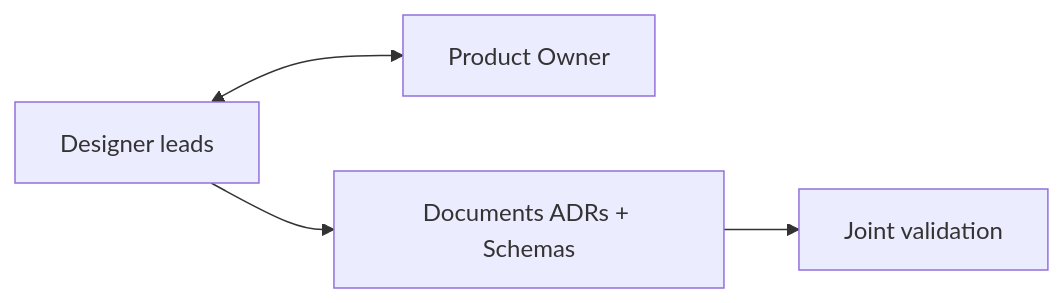
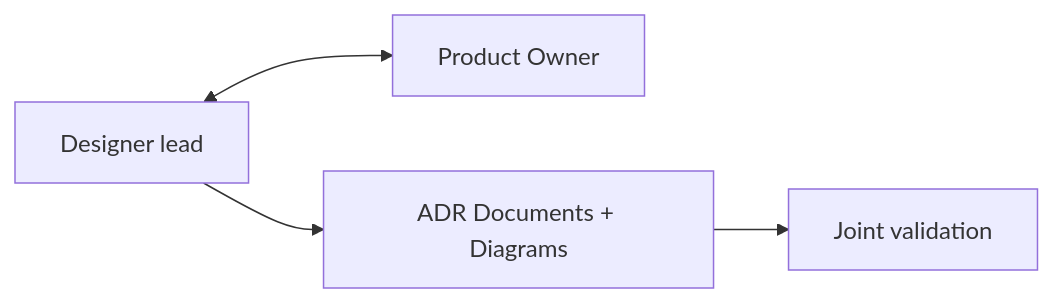
Before and after one commit to dc2method/dc2-website: the first of 6 diagrams in src/content/docs/en/roles-et-responsabilites.md, drawn with Mermaid. The commit also changed other lines of this file and 63 other files, not shown here.

````diff
--- a/src/content/docs/en/roles-et-responsabilites.md
+++ b/src/content/docs/en/roles-et-responsabilites.md
@@ -144,6 +143,6 @@
 ```mermaid
 graph LR
-    C[Designer leads] <--> PO[Product Owner]
-    C --> D[Documents ADRs + Schemas]
+    C[Designer lead] <--> PO[Product Owner]
+    C --> D[ADR Documents + Diagrams]
     D --> V[Joint validation]
 ```
````
